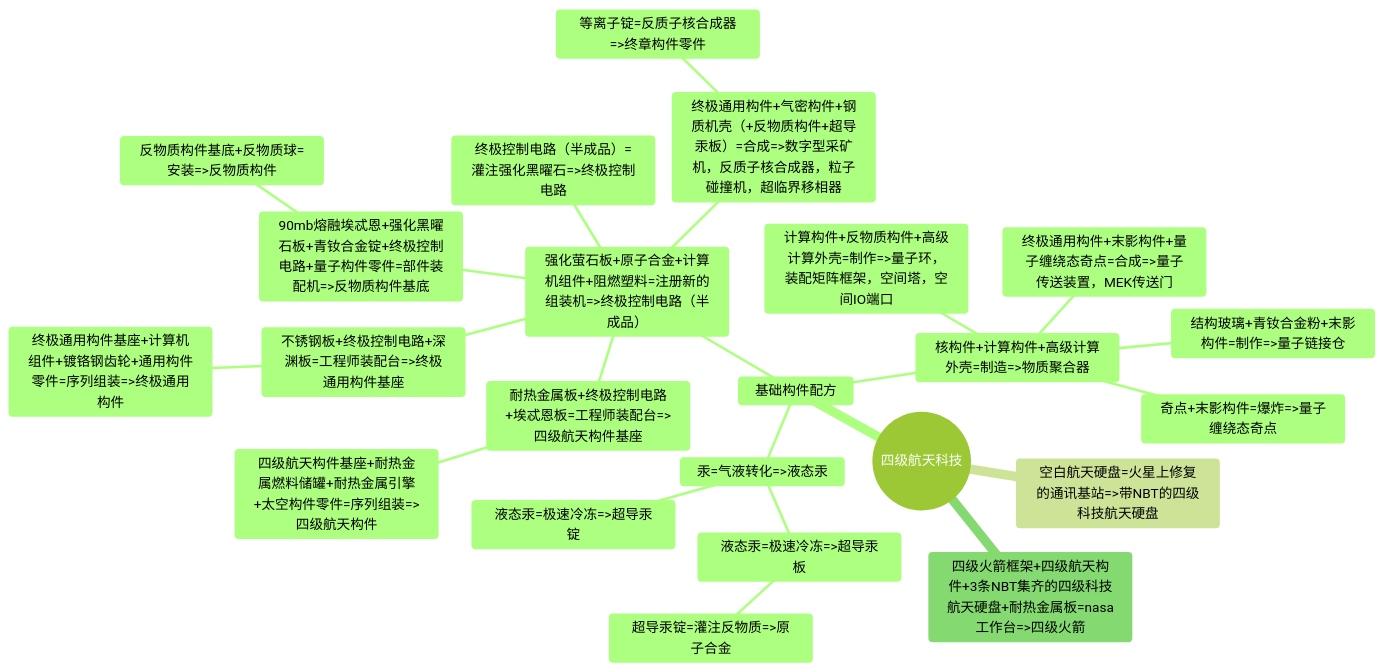
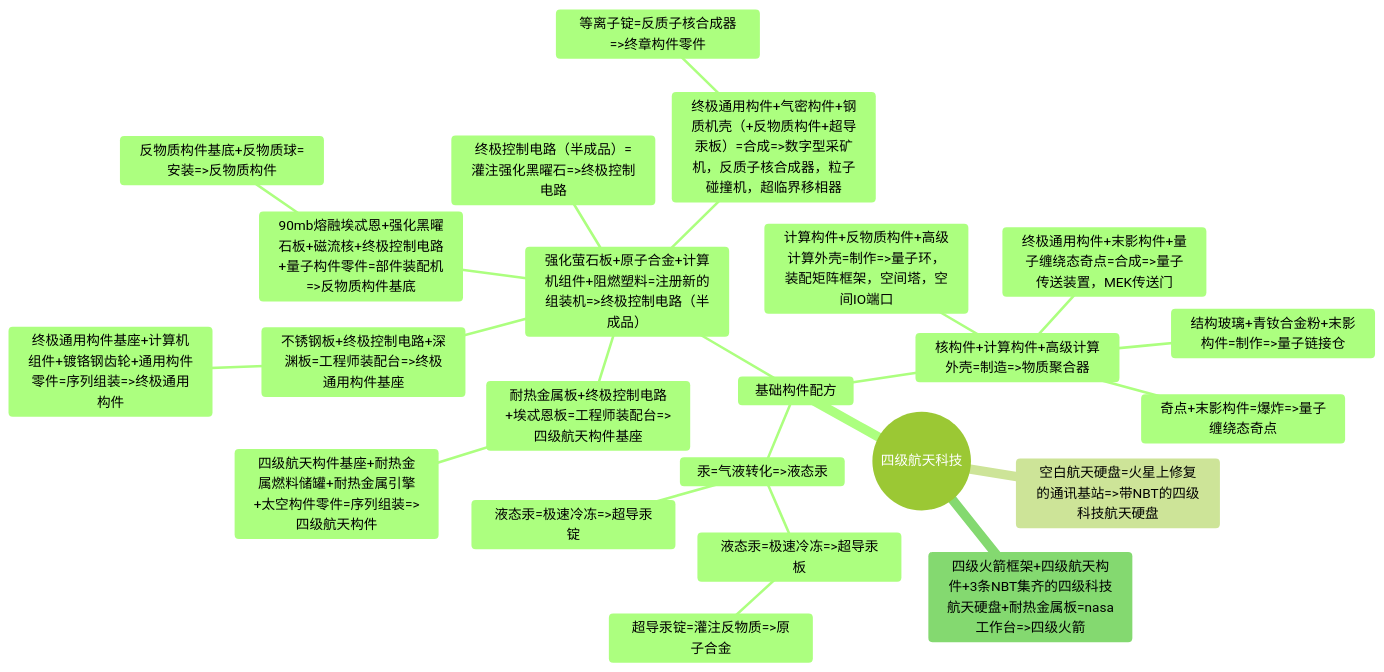
Before and after one commit to VechniMetel/CodeNameCIM2: the fourth of 4 diagrams in Developer/TechTreeMap.md, drawn with Mermaid (forest theme). The commit also changed other lines of this file, not shown here.

````diff
--- a/Developer/TechTreeMap.md
+++ b/Developer/TechTreeMap.md
@@ -106,26 +106,26 @@
 ``` mermaid
 mindmap
     root((四级航天科技))
         基础构件配方
             汞=气液转化=>液态汞
                 液态汞=极速冷冻=>超导汞锭
                 液态汞=极速冷冻=>超导汞板
                     超导汞锭=灌注反物质=>原子合金
             强化萤石板+原子合金+计算机组件+阻燃塑料=注册新的组装机=>终极控制电路（半成品）
                 终极控制电路（半成品）=灌注强化黑曜石=>终极控制电路
                 耐热金属板+终极控制电路+埃忒恩板=工程师装配台=>四级航天构件基座
                     四级航天构件基座+耐热金属燃料储罐+耐热金属引擎+太空构件零件=序列组装=>四级航天构件
                 不锈钢板+终极控制电路+深渊板=工程师装配台=>终极通用构件基座
                     终极通用构件基座+计算机组件+镀铬钢齿轮+通用构件零件=序列组装=>终极通用构件
-                90mb熔融埃忒恩+强化黑曜石板+青钕合金锭+终极控制电路+量子构件零件=部件装配机=>反物质构件基底
+                90mb熔融埃忒恩+强化黑曜石板+磁流核+终极控制电路+量子构件零件=部件装配机=>反物质构件基底
                     反物质构件基底+反物质球=安装=>反物质构件
                 终极通用构件+气密构件+钢质机壳（+反物质构件+超导汞板）=合成=>数字型采矿机，反质子核合成器，粒子碰撞机，超临界移相器
                     等离子锭=反质子核合成器=>终章构件零件
             核构件+计算构件+高级计算外壳=制造=>物质聚合器
                 奇点+末影构件=爆炸=>量子缠绕态奇点
                 终极通用构件+末影构件+量子缠绕态奇点=合成=>量子传送装置，MEK传送门
                 计算构件+反物质构件+高级计算外壳=制作=>量子环，装配矩阵框架，空间塔，空间IO端口
                 结构玻璃+青钕合金粉+末影构件=制作=>量子链接仓
         空白航天硬盘=火星上修复的通讯基站=>带NBT的四级科技航天硬盘
         四级火箭框架+四级航天构件+3条NBT集齐的四级科技航天硬盘+耐热金属板=nasa工作台=>四级火箭
 ```
````
